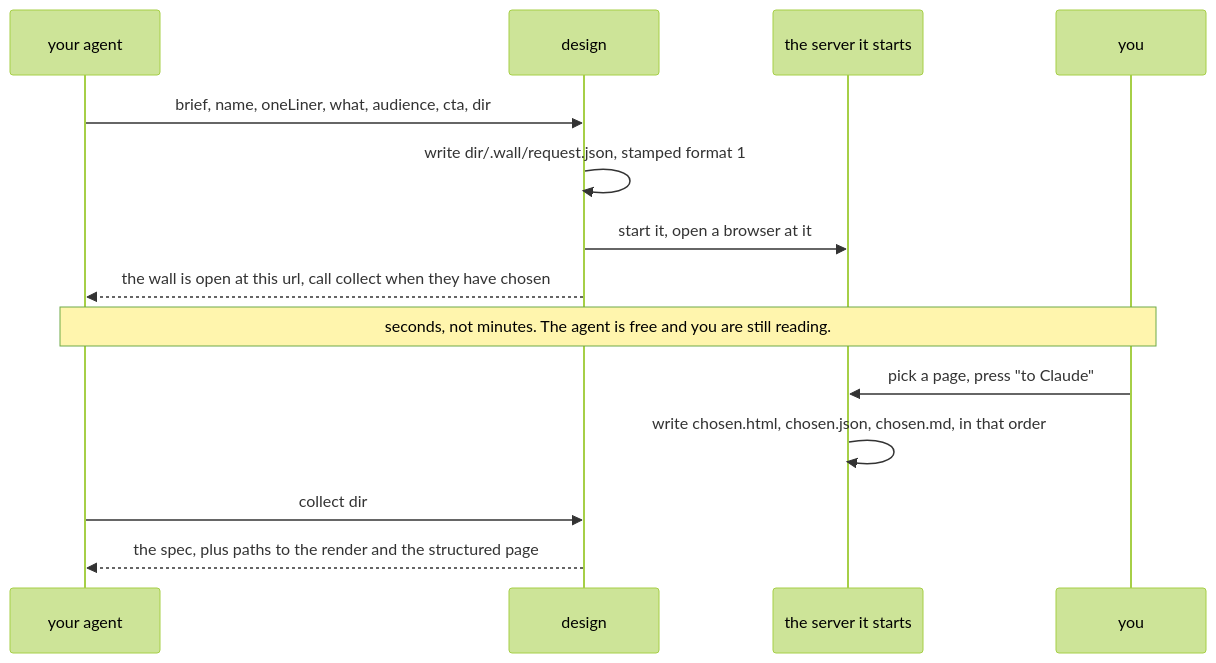
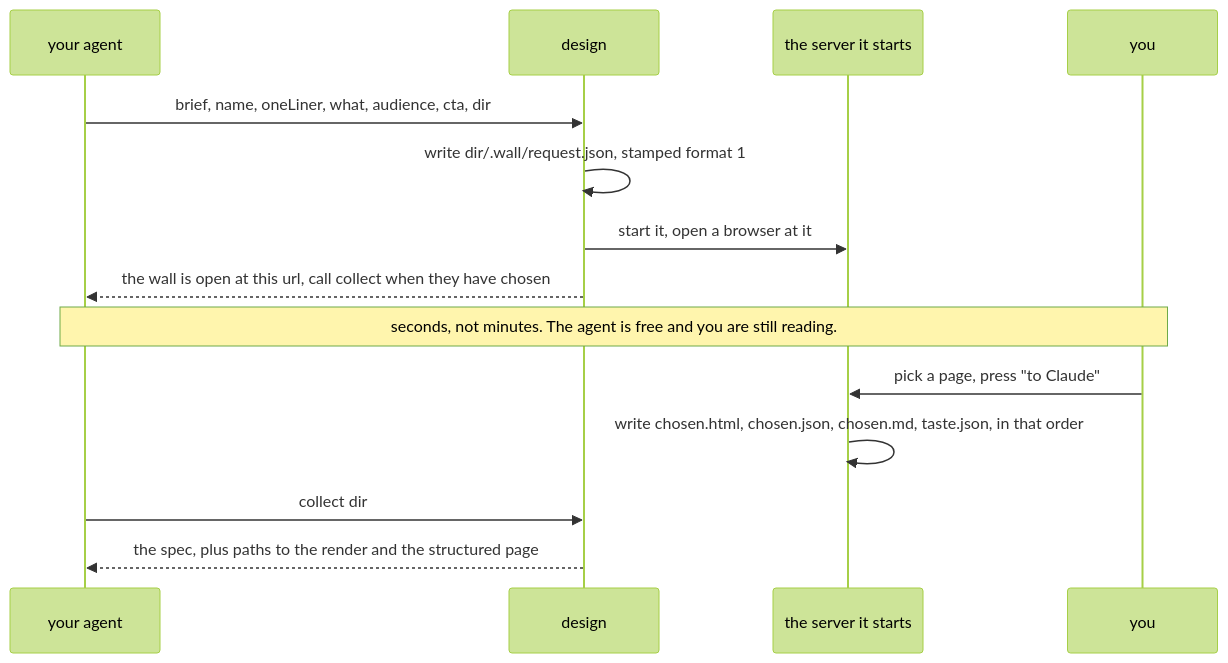
One commit to AminKhorramii/Motioneer changed the third of 3 diagrams in docs/flows.md. Above: the diagram before and after it, drawn with Mermaid (forest theme). The commit also changed other lines of this file and 1 other file, not shown here.

````diff
--- a/docs/flows.md
+++ b/docs/flows.md
@@ -315,16 +321,16 @@
 ```mermaid
 sequenceDiagram
   participant C as your agent
   participant D as design
   participant S as the server it starts
   participant U as you
   C->>D: brief, name, oneLiner, what, audience, cta, dir
   D->>D: write dir/.wall/request.json, stamped format 1
   D->>S: start it, open a browser at it
   D-->>C: the wall is open at this url, call collect when they have chosen
   Note over C,U: seconds, not minutes. The agent is free and you are still reading.
   U->>S: pick a page, press "to Claude"
-  S->>S: write chosen.html, chosen.json, chosen.md, in that order
+  S->>S: write chosen.html, chosen.json, chosen.md, taste.json, in that order
   C->>D: collect dir
   D-->>C: the spec, plus paths to the render and the structured page
 ```
````
